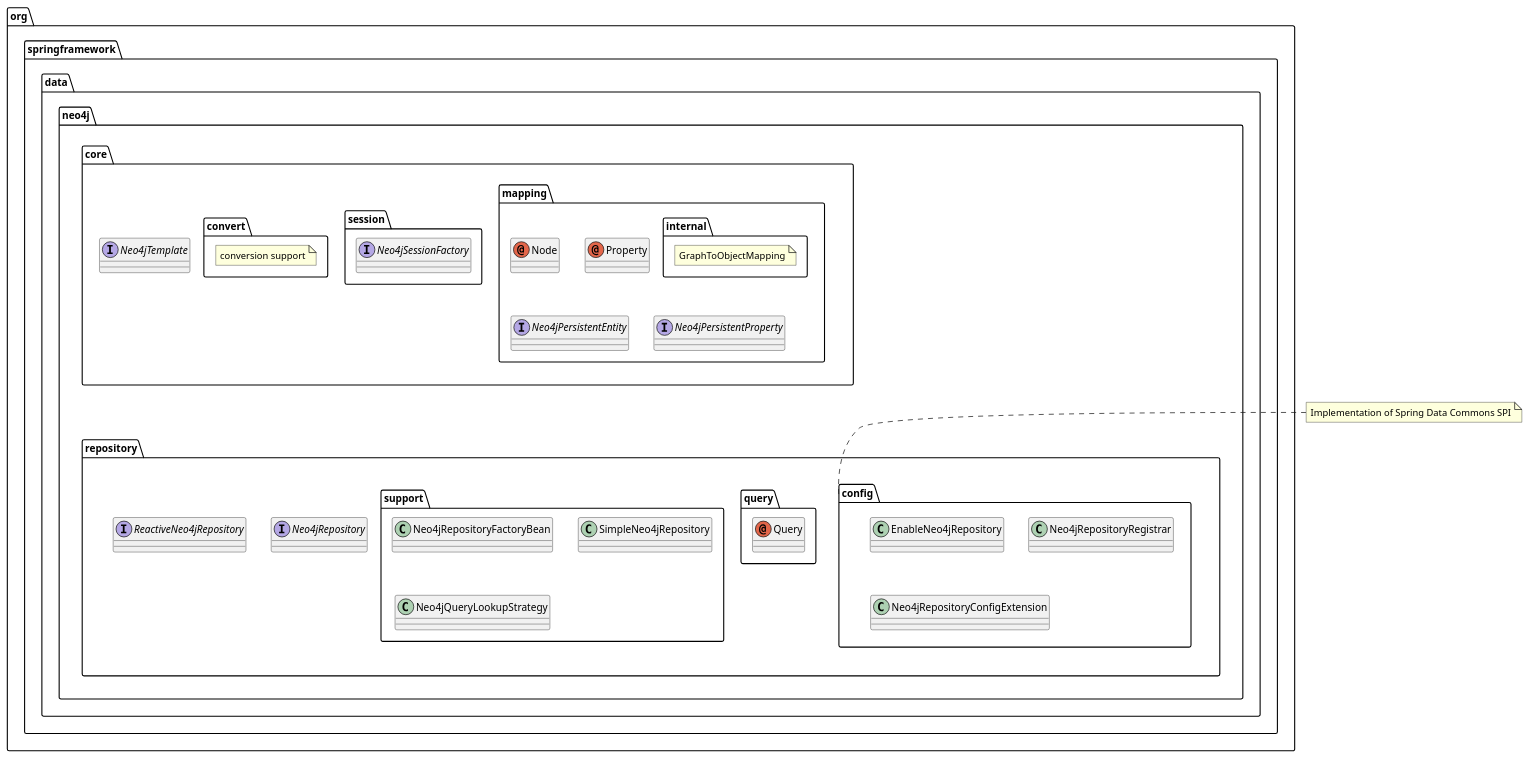
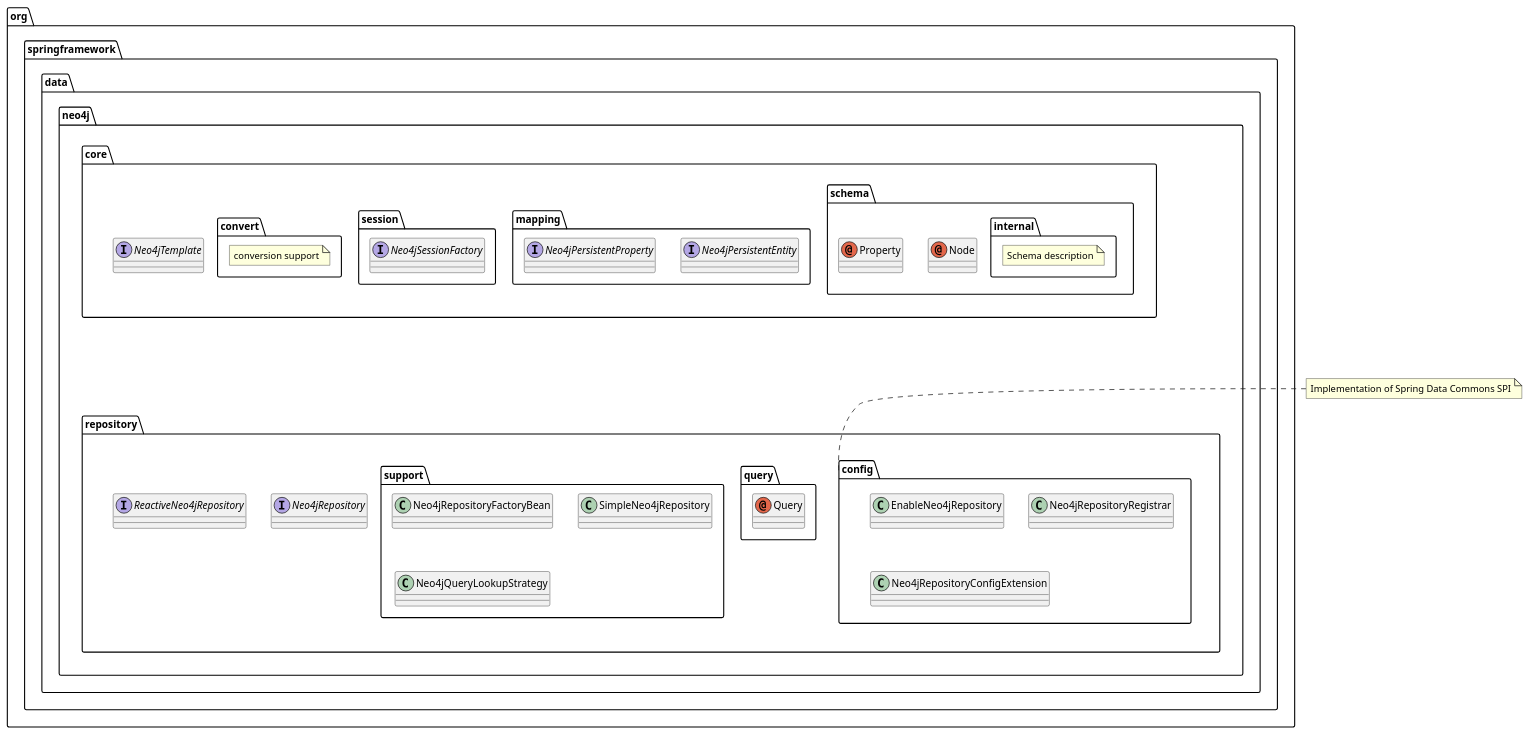
Before and after one commit to spring-projects/spring-data-neo4j: the diagram in README.adoc, drawn with PlantUML. The commit also changed other lines of this file and 5 other files, not shown here.

Commit message:
Move  annotations to independent schema package.

```diff
--- a/README.adoc
+++ b/README.adoc
@@ -69,48 +85,50 @@
 [plantuml, width=1200]
 ----
 @startuml
 note "Implementation of Spring Data Commons SPI" as SDC_note
 package "org.springframework.data.neo4j" {
 package "core" {
     interface Neo4jTemplate
+    package "schema" {
+            package "internal" {
+                note "Schema description" as schemaDescription
+            }
+            annotation Node
+            annotation Property
+        }
     package "mapping" {
-        package "internal" {
-            note "GraphToObjectMapping" as graphMapping
+            interface Neo4jPersistentEntity
+            interface Neo4jPersistentProperty
         }
-        annotation Node
-        annotation Property
-        interface Neo4jPersistentEntity
-        interface Neo4jPersistentProperty
-    }
     package "session" {
         interface Neo4jSessionFactory
     }
     package "convert" {
         note "conversion support" as conversionNote
     }
 }
 
 package "repository" {
 SDC_note..config
     package "config" {
         class EnableNeo4jRepository
         class Neo4jRepositoryRegistrar
         class Neo4jRepositoryConfigExtension
     }
     package "query" {
         annotation Query
     }
     package "support" {
         class Neo4jRepositoryFactoryBean
         class SimpleNeo4jRepository
         class Neo4jQueryLookupStrategy
     }
     interface Neo4jRepository
     interface ReactiveNeo4jRepository
 }
 
 core-[hidden]--->repository
 }
 
 @enduml
 ----
```
